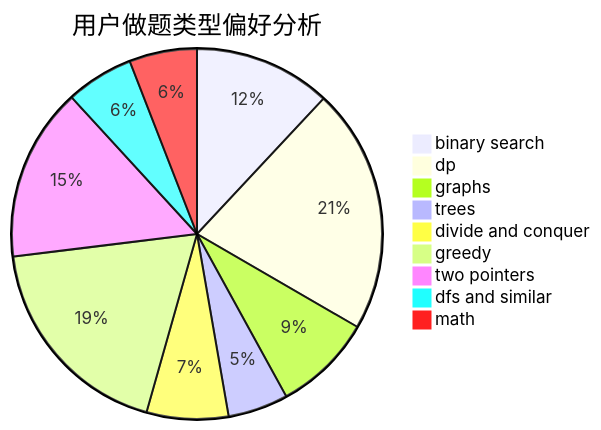
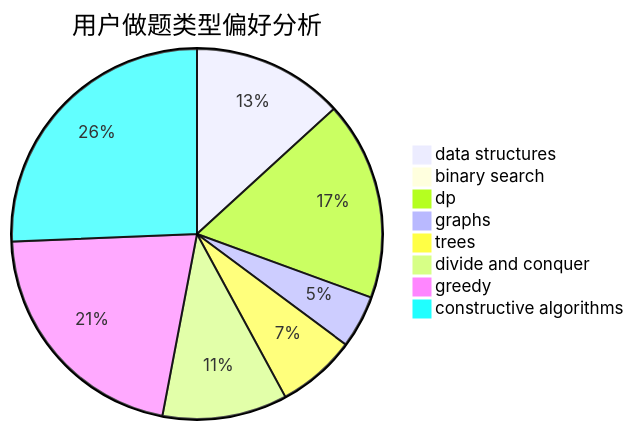
The second of 3 diagrams in docs/user/u1364.md (sherpahu/cfrs.github.io), drawn with Mermaid before and after one commit. The commit also changed other lines of this file and 2775 other files, not shown here.

````diff
--- a/docs/user/u1364.md
+++ b/docs/user/u1364.md
@@ -23,12 +23,11 @@
 ```mermaid
 pie title 用户做题类型偏好分析
-    "binary search" :  166
-    "dp" :  297
-    "graphs" :  120
-    "trees" :  73
-    "divide and conquer" :  99
-    "greedy" :  259
-    "two pointers" :  210
-    "dfs and similar" :  82
-    "math" :  82
+    "data structures" :  86
+    "binary search" :  2
+    "dp" :  113
+    "graphs" :  30
+    "trees" :  45
+    "divide and conquer" :  71
+    "greedy" :  139
+    "constructive algorithms" :  167
 ```
````
